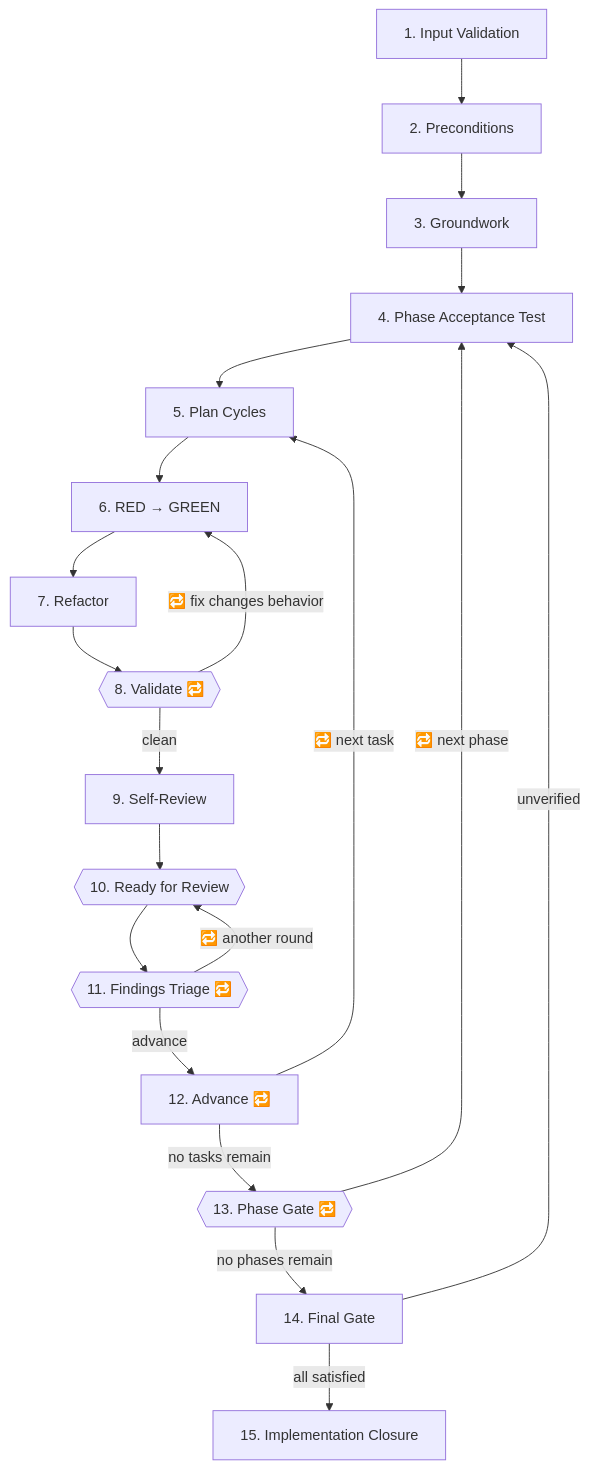
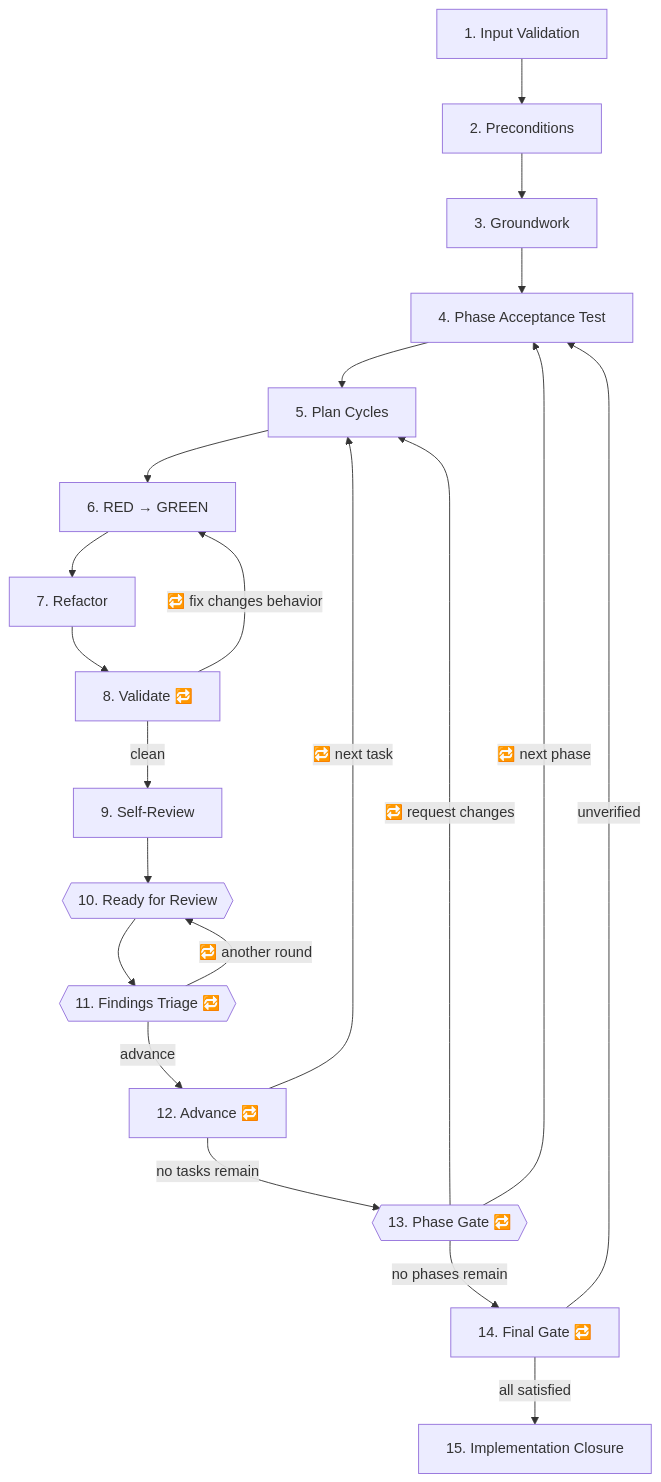
Before and after one commit to davidbalivo/skills: the diagram in skills/engineering/sdd-impl-tdd/SKILL.md, drawn with Mermaid. The commit also changed other lines of this file, not shown here.

Commit message:
refactor(sdd-impl-tdd): final consistency fixes

````diff
--- a/skills/engineering/sdd-impl-tdd/SKILL.md
+++ b/skills/engineering/sdd-impl-tdd/SKILL.md
@@ -52,30 +52,31 @@
 ```mermaid
 flowchart TD
     S1["1. Input Validation"]
     S2["2. Preconditions"]
     S3["3. Groundwork"]
     S4["4. Phase Acceptance Test"]
     S5["5. Plan Cycles"]
     S6["6. RED → GREEN"]
     S7["7. Refactor"]
-    S8{{"8. Validate 🔁"}}
+    S8["8. Validate 🔁"]
     S9["9. Self-Review"]
     S10{{"10. Ready for Review"}}
     S11{{"11. Findings Triage 🔁"}}
     S12["12. Advance 🔁"]
     S13{{"13. Phase Gate 🔁"}}
-    S14["14. Final Gate"]
+    S14["14. Final Gate 🔁"]
     S15["15. Implementation Closure"]
 
     S1 --> S2 --> S3 --> S4 --> S5 --> S6 --> S7 --> S8
     S8 -->|"🔁 fix changes behavior"| S6
     S8 -->|clean| S9 --> S10 --> S11
     S11 -->|"🔁 another round"| S10
     S11 -->|advance| S12
     S12 -->|"🔁 next task"| S5
     S12 -->|no tasks remain| S13
     S13 -->|"🔁 next phase"| S4
+    S13 -->|"🔁 request changes"| S5
     S13 -->|no phases remain| S14
     S14 -->|unverified| S4
     S14 -->|all satisfied| S15
 ```
````
